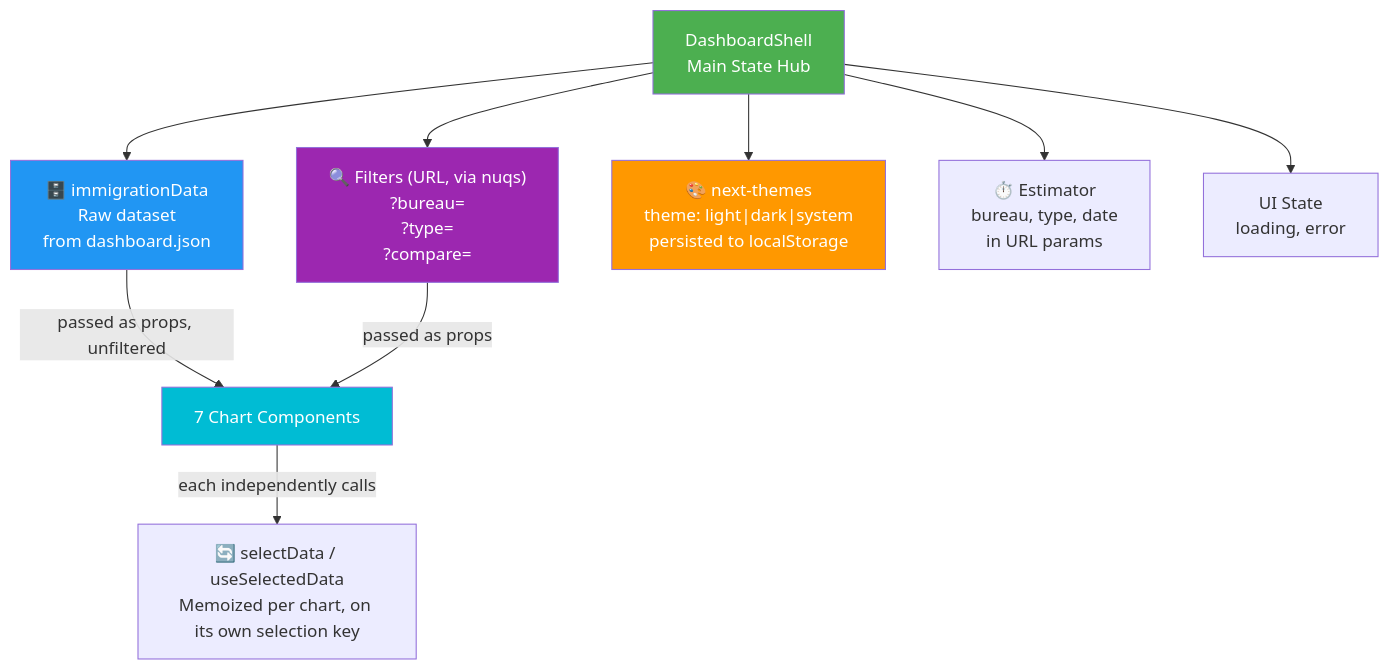
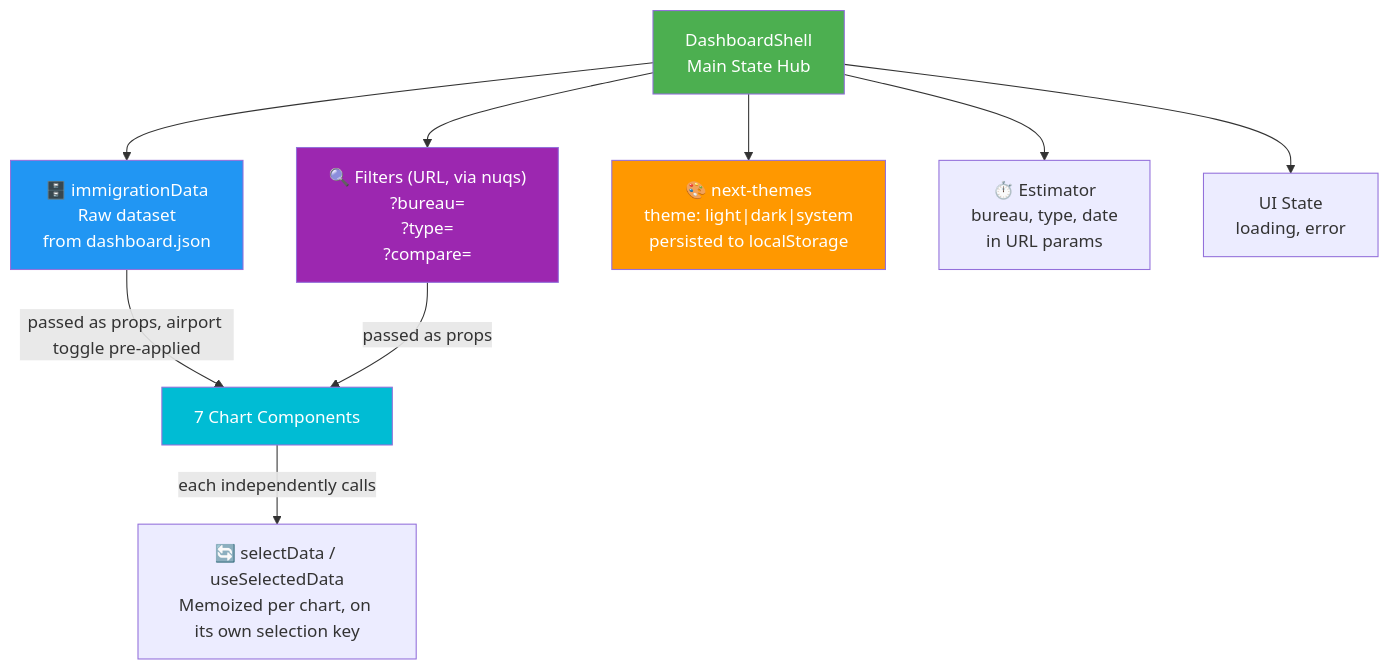
The seventh of 16 diagrams in ARCHITECTURE.md (RetroHazard/JP_Immigration_Dashboard), drawn with Mermaid before and after one commit. The commit also changed other lines of this file and 13 other files, not shown here.

````diff
--- a/ARCHITECTURE.md
+++ b/ARCHITECTURE.md
@@ -277,30 +278,30 @@
 ```mermaid
 graph TD
     SHELL["DashboardShell<br/>Main State Hub"]
     
     DATA["🗄️ immigrationData<br/>Raw dataset<br/>from dashboard.json"]
     
     FILTERS["🔍 Filters (URL, via nuqs)<br/>?bureau=<br/>?type=<br/>?compare="]
     
     THEME["🎨 next-themes<br/>theme: light|dark|system<br/>persisted to localStorage"]
     
     ESTIMATOR["⏱️ Estimator<br/>bureau, type, date<br/>in URL params"]
     
     UI["UI State<br/>loading, error"]
     
     SHELL --> DATA
     SHELL --> FILTERS
     SHELL --> THEME
     SHELL --> ESTIMATOR
     SHELL --> UI
     
-    DATA -->|passed as props, unfiltered| CHARTS["7 Chart Components"]
+    DATA -->|passed as props, airport toggle pre-applied| CHARTS["7 Chart Components"]
     FILTERS -->|passed as props| CHARTS
     CHARTS -->|each independently calls| FILTERED["🔄 selectData / useSelectedData<br/>Memoized per chart, on its own selection key"]
     
     style SHELL fill:#4CAF50,color:#fff
     style DATA fill:#2196F3,color:#fff
     style FILTERS fill:#9C27B0,color:#fff
     style THEME fill:#FF9800,color:#fff
     style CHARTS fill:#00BCD4,color:#fff
 ```
````
